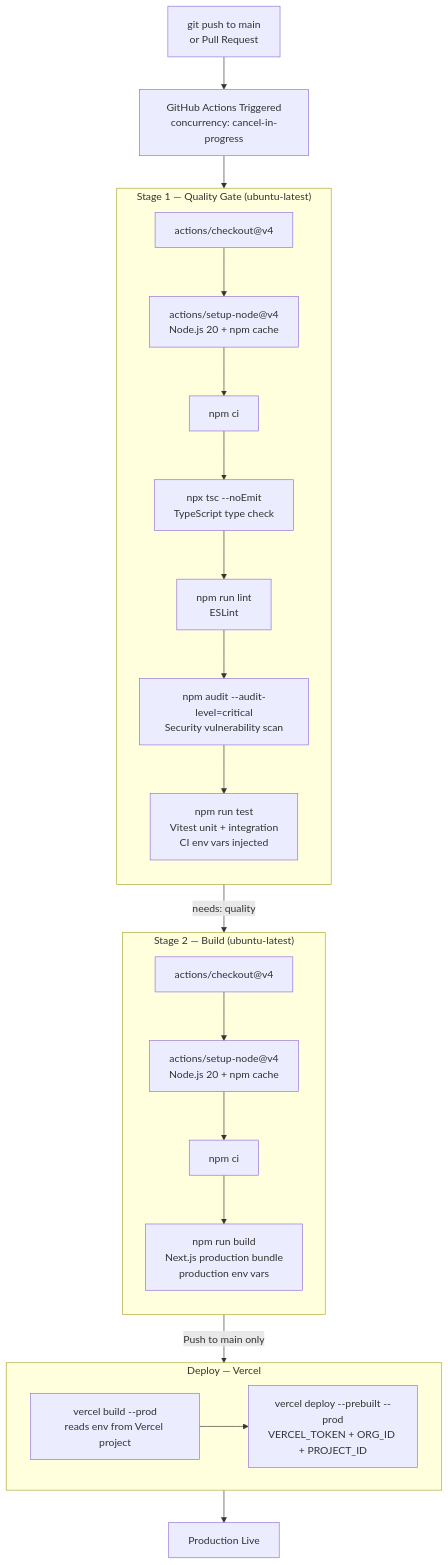
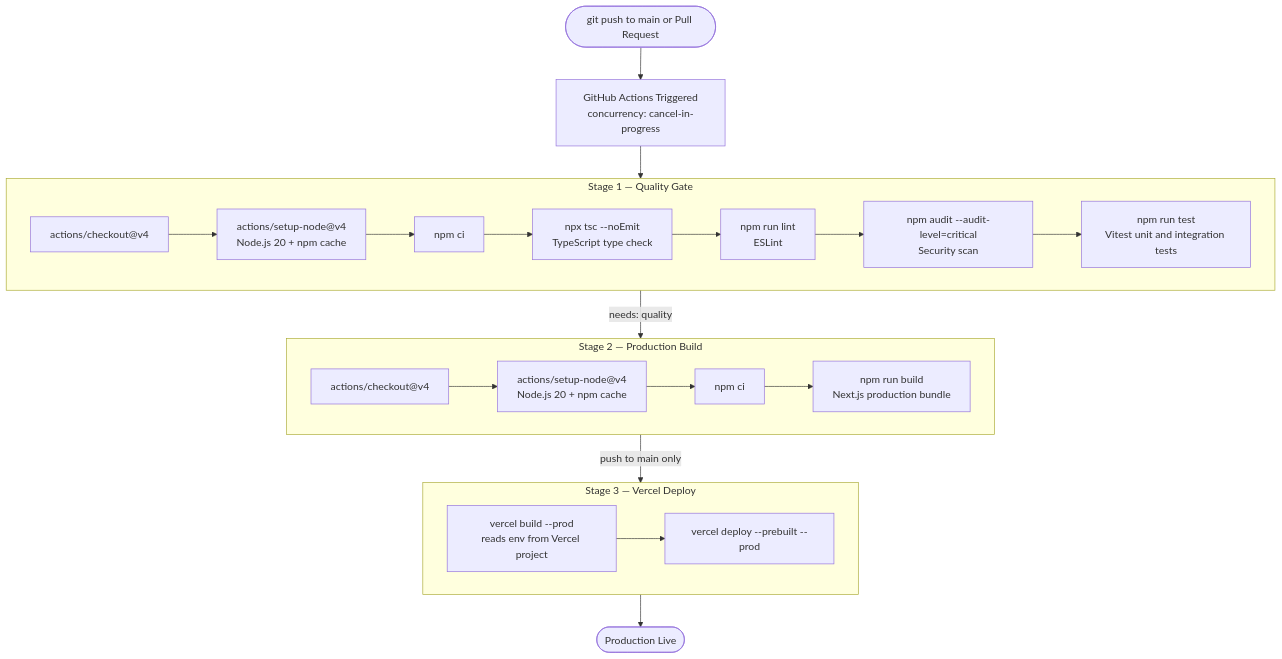
Diagram 14 of 14 in README.md (NEhIL06/zenfit), drawn with Mermaid before and after one commit. The commit also changed other lines of this file, not shown here.

Commit message:
docs: update README.md architecture and schema diagrams

````diff
--- a/README.md
+++ b/README.md
@@ -587,41 +566,39 @@
 ```mermaid
 flowchart TD
-    Push["git push to main\nor Pull Request"] --> Trigger["GitHub Actions Triggered\nconcurrency: cancel-in-progress"]
+    Push(["git push to main or Pull Request"]) --> Trigger["GitHub Actions Triggered\nconcurrency: cancel-in-progress"]
 
     Trigger --> Stage1
 
-    subgraph Stage1["Stage 1 — Quality Gate (ubuntu-latest)"]
-        direction TB
+    subgraph Stage1["Stage 1 — Quality Gate"]
         Checkout1["actions/checkout@v4"]
         Node1["actions/setup-node@v4\nNode.js 20 + npm cache"]
         Install1["npm ci"]
         TypeCheck["npx tsc --noEmit\nTypeScript type check"]
         Lint["npm run lint\nESLint"]
-        Audit["npm audit --audit-level=critical\nSecurity vulnerability scan"]
-        Tests["npm run test\nVitest unit + integration\nCI env vars injected"]
+        Audit["npm audit --audit-level=critical\nSecurity scan"]
+        Tests["npm run test\nVitest unit and integration tests"]
 
         Checkout1 --> Node1 --> Install1 --> TypeCheck --> Lint --> Audit --> Tests
     end
 
     Stage1 -->|"needs: quality"| Stage2
 
-    subgraph Stage2["Stage 2 — Build (ubuntu-latest)"]
-        direction TB
+    subgraph Stage2["Stage 2 — Production Build"]
         Checkout2["actions/checkout@v4"]
         Node2["actions/setup-node@v4\nNode.js 20 + npm cache"]
         Install2["npm ci"]
-        Build["npm run build\nNext.js production bundle\nproduction env vars"]
+        Build["npm run build\nNext.js production bundle"]
 
         Checkout2 --> Node2 --> Install2 --> Build
     end
 
-    Stage2 -->|"Push to main only"| Deploy
+    Stage2 -->|"push to main only"| Deploy
 
-    subgraph Deploy["Deploy — Vercel"]
+    subgraph Deploy["Stage 3 — Vercel Deploy"]
         VercelBuild["vercel build --prod\nreads env from Vercel project"]
-        VercelDeploy["vercel deploy --prebuilt --prod\nVERCEL_TOKEN + ORG_ID + PROJECT_ID"]
+        VercelDeploy["vercel deploy --prebuilt --prod"]
         VercelBuild --> VercelDeploy
     end
 
-    Deploy --> Live["Production Live"]
+    Deploy --> Live(["Production Live"])
 ```
````
